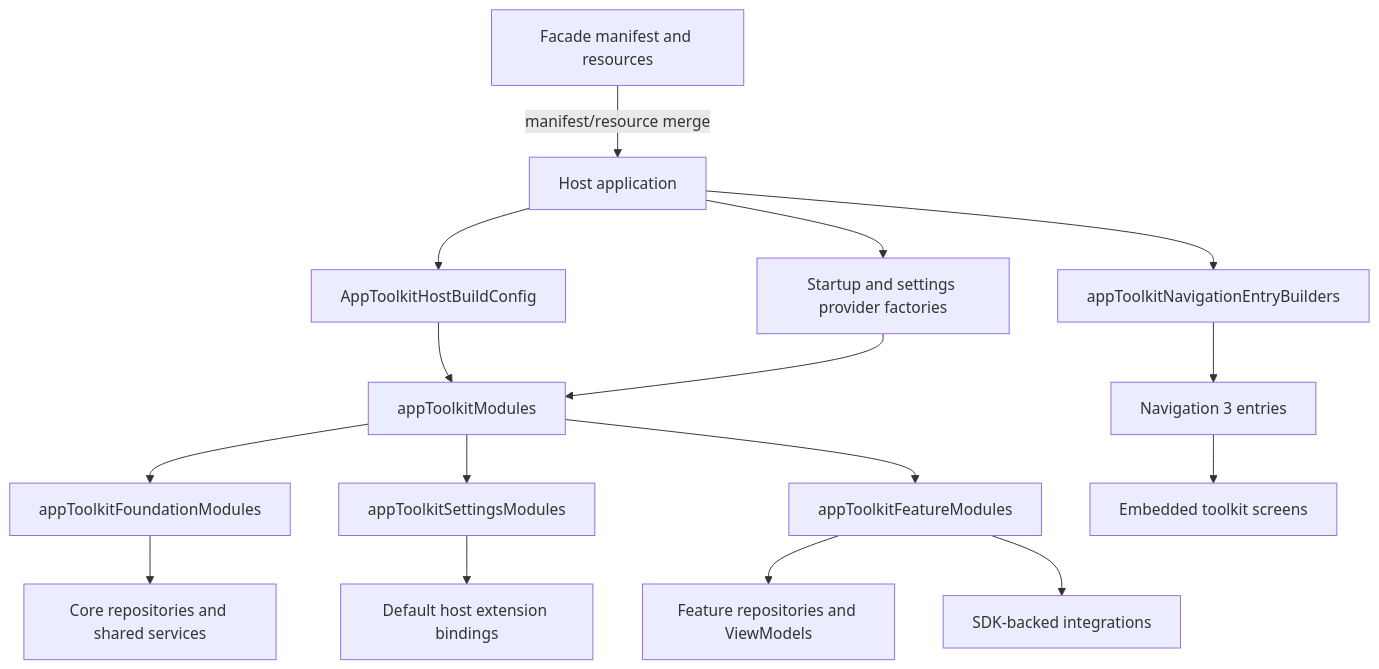
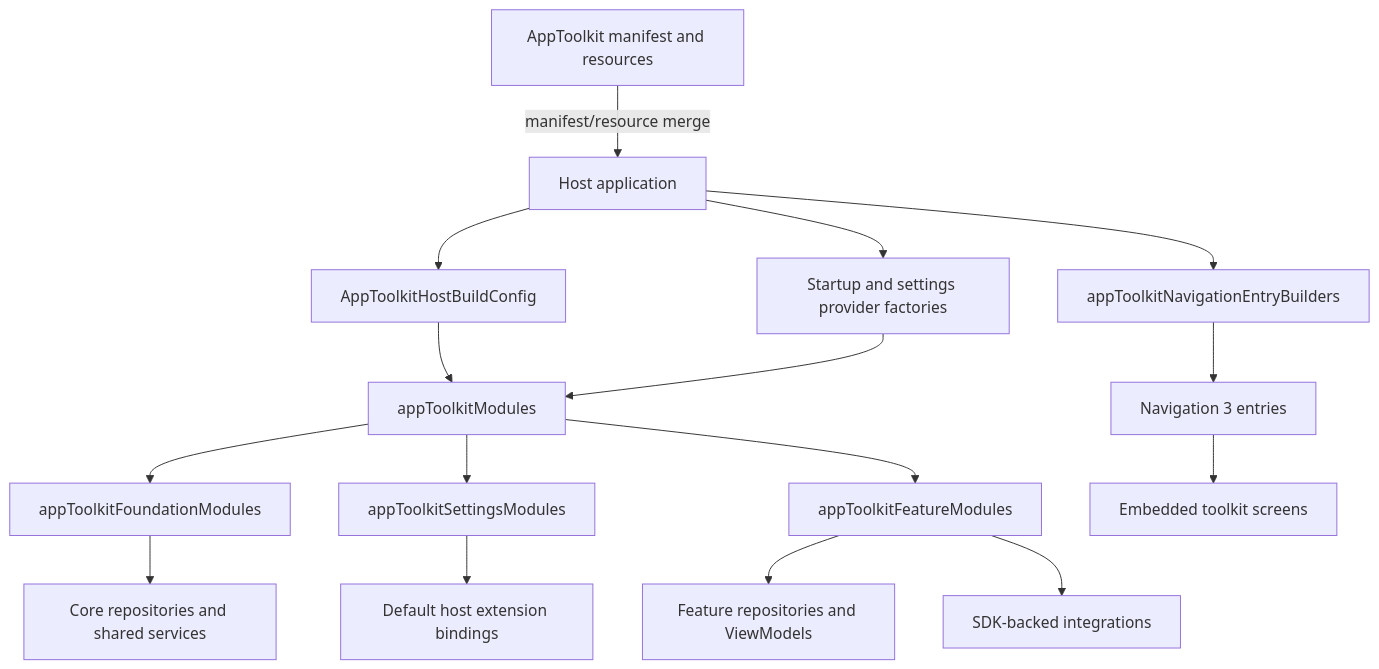
One commit to MihaiCristianCondrea/App-Toolkit-for-Android changed the diagram in library/apptoolkit/README.md. Above: the diagram before and after it, drawn with Mermaid. The commit also changed other lines of this file and 25 other files, not shown here.

````diff
--- a/library/apptoolkit/README.md
+++ b/library/apptoolkit/README.md
@@ -49,18 +49,18 @@
 ```mermaid
 flowchart TD
     Host[Host application] --> Config[AppToolkitHostBuildConfig]
     Host --> Providers[Startup and settings provider factories]
     Config --> Modules[appToolkitModules]
     Providers --> Modules
     Modules --> Foundation[appToolkitFoundationModules]
     Modules --> Settings[appToolkitSettingsModules]
     Modules --> Features[appToolkitFeatureModules]
     Foundation --> Core[Core repositories and shared services]
     Settings --> ProviderDefaults[Default host extension bindings]
     Features --> FeatureVMs[Feature repositories and ViewModels]
     Features --> Integrations[SDK-backed integrations]
     Host --> NavBuilders[appToolkitNavigationEntryBuilders]
     NavBuilders --> Entries[Navigation 3 entries]
     Entries --> Screens[Embedded toolkit screens]
-    Manifest[Facade manifest and resources] -->|manifest/resource merge| Host
+    Manifest[AppToolkit manifest and resources] -->|manifest/resource merge| Host
 ```
````
